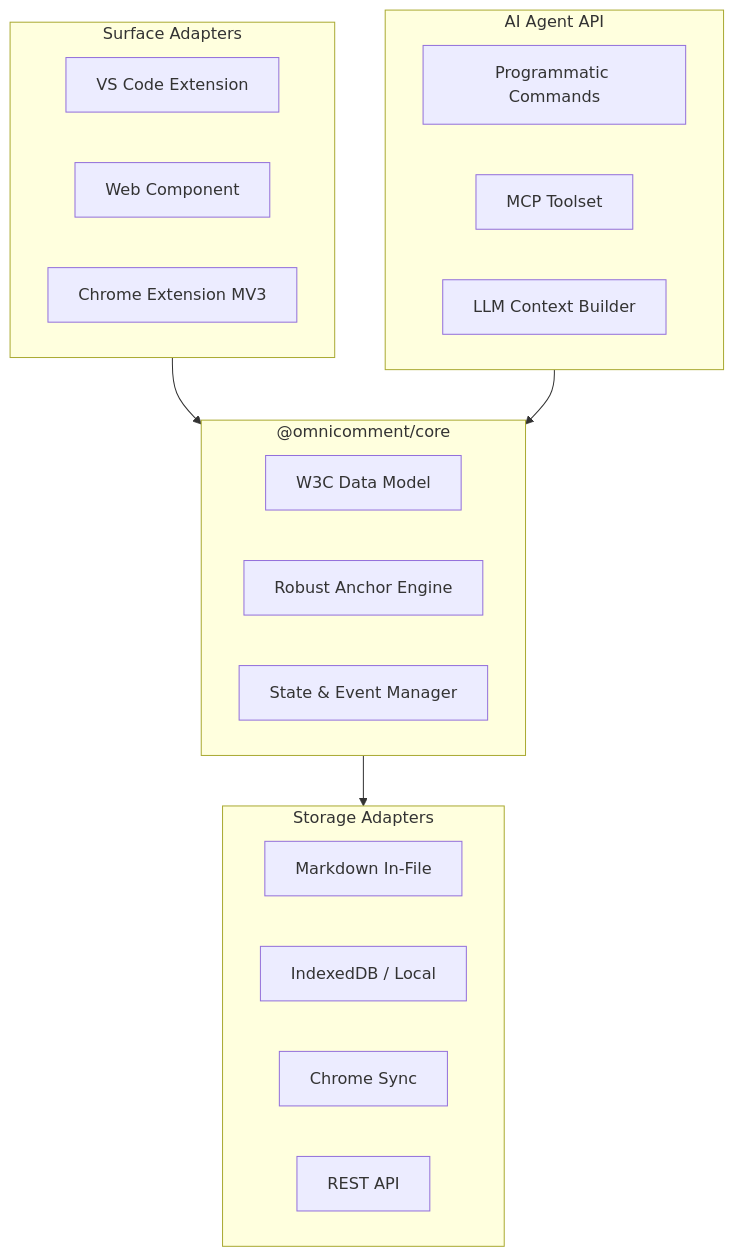
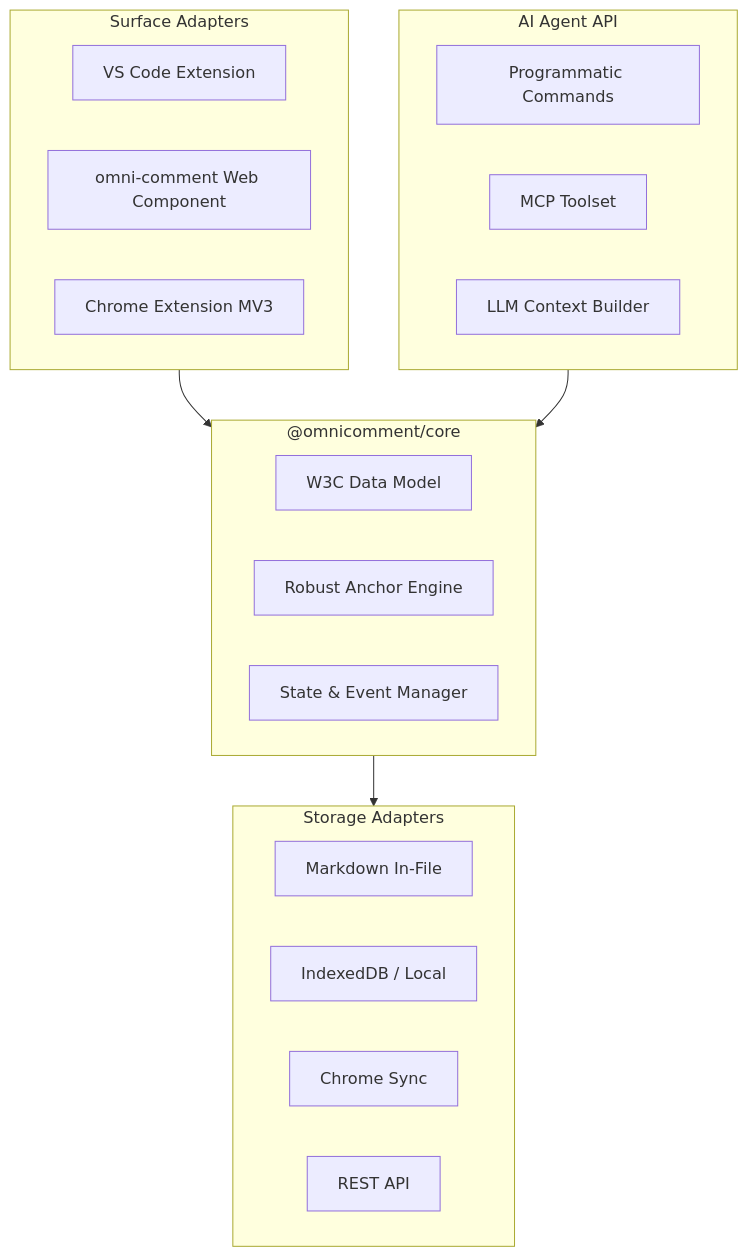
Before and after one commit to benquike/OmniComment: the first of 2 diagrams in docs/ARCHITECTURE.md, drawn with Mermaid. The commit also changed other lines of this file and 1 other file, not shown here.

First line of the commit message:
docs: fix mermaid component diagram syntax in architecture and webapp guides, and resolve comment

````diff
--- a/docs/ARCHITECTURE.md
+++ b/docs/ARCHITECTURE.md
@@ -168,31 +168,31 @@
 ```mermaid
 graph TD
     subgraph Core ["@omnicomment/core"]
         Model[W3C Data Model]
         AnchorEngine[Robust Anchor Engine]
         StateManager[State & Event Manager]
     end
 
     subgraph Storage ["Storage Adapters"]
         MDStorage[Markdown In-File]
         LocalDB[IndexedDB / Local]
         ChromeSync[Chrome Sync]
         REST[REST API]
     end
 
     subgraph Surfaces ["Surface Adapters"]
         VSCode[VS Code Extension]
-        WebComponent["<omni-comment> Web Component"]
+        WebComponent["omni-comment Web Component"]
         ChromeExt[Chrome Extension MV3]
     end
 
     subgraph Agent ["AI Agent API"]
         AgentAPI[Programmatic Commands]
         MCP[MCP Toolset]
         LLMExport[LLM Context Builder]
     end
 
     Core --> Storage
     Surfaces --> Core
     Agent --> Core
 ```
````
